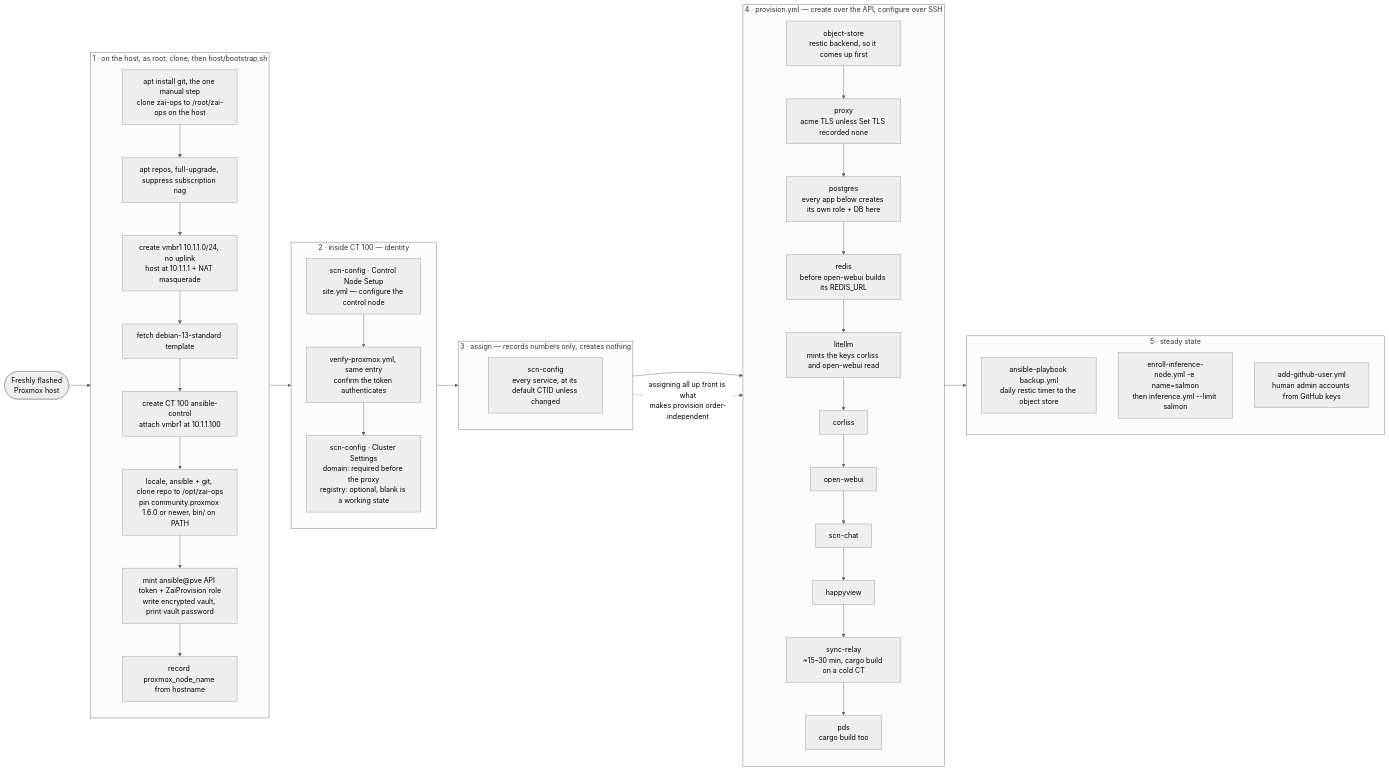
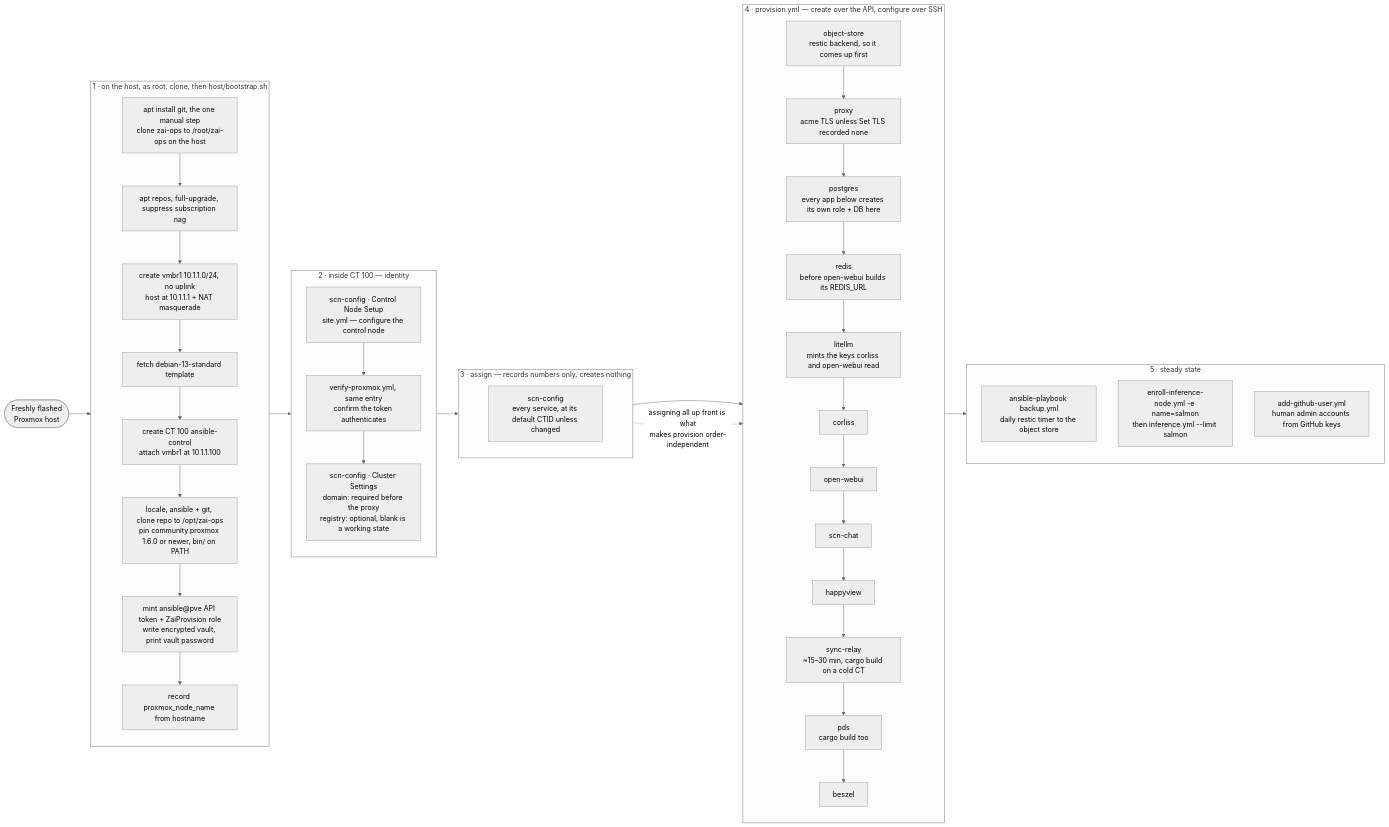
Before and after one commit to Z-Space-Society/zai-ops: the second of 4 diagrams in docs/diagrams.md, drawn with Mermaid (neutral theme). The commit also changed other lines of this file and 13 other files, not shown here.

````diff
--- a/docs/diagrams.md
+++ b/docs/diagrams.md
@@ -131,58 +133,59 @@
 ```mermaid
 flowchart LR
     start(["Freshly flashed<br/>Proxmox host"])
 
     subgraph phase1["1 · on the host, as root: clone, then host/bootstrap.sh"]
         direction TB
         b0["apt install git, the one manual step<br/>clone zai-ops to /root/zai-ops on the host"]
         b1["apt repos, full-upgrade, suppress subscription nag"]
         b0 --> b1
         b2["create vmbr1 10.1.1.0/24, no uplink<br/>host at 10.1.1.1 + NAT masquerade"]
         b3["fetch debian-13-standard template"]
         b4["create CT 100 ansible-control<br/>attach vmbr1 at 10.1.1.100"]
         b5["locale, ansible + git, clone repo to /opt/zai-ops<br/>pin community.proxmox 1.6.0 or newer, bin/ on PATH"]
         b6["mint ansible@pve API token + ZaiProvision role<br/>write encrypted vault, print vault password"]
         b7["record proxmox_node_name from hostname"]
         b1 --> b2 --> b3 --> b4 --> b5 --> b6 --> b7
     end
 
     subgraph phase2["2 · inside CT 100 — identity"]
         direction TB
         c1["scn-config · Control Node Setup<br/>site.yml — configure the control node"]
         c2["verify-proxmox.yml, same entry<br/>confirm the token authenticates"]
         c3["scn-config · Cluster Settings<br/>domain: required before the proxy<br/>registry: optional, blank is a working state"]
         c1 --> c2 --> c3
     end
 
     subgraph phase3["3 · assign — records numbers only, creates nothing"]
         direction TB
         a1["scn-config<br/>every service, at its default CTID unless changed"]
     end
 
     subgraph phase4["4 · provision.yml — create over the API, configure over SSH"]
         direction TB
         p1["object-store<br/>restic backend, so it comes up first"]
         p2["proxy<br/>acme TLS unless Set TLS recorded none"]
         p3["postgres<br/>every app below creates its own role + DB here"]
         p4["redis<br/>before open-webui builds its REDIS_URL"]
         p5["litellm<br/>mints the keys corliss and open-webui read"]
         p6["corliss"]
         p7["open-webui"]
         p8["scn-chat"]
         p9["happyview"]
         p10["sync-relay<br/>~15–30 min, cargo build on a cold CT"]
         p11["pds<br/>cargo build too"]
-        p1 --> p2 --> p3 --> p4 --> p5 --> p6 --> p7 --> p8 --> p9 --> p10 --> p11
+        p12["beszel"]
+        p1 --> p2 --> p3 --> p4 --> p5 --> p6 --> p7 --> p8 --> p9 --> p10 --> p11 --> p12
     end
 
     subgraph phase5["5 · steady state"]
         direction TB
         s1["ansible-playbook backup.yml<br/>daily restic timer to the object store"]
         s2["enroll-inference-node.yml -e name=salmon<br/>then inference.yml --limit salmon"]
         s3["add-github-user.yml<br/>human admin accounts from GitHub keys"]
     end
 
     start --> phase1 --> phase2 --> phase3 --> phase4 --> phase5
 
     a1 -.->|"assigning all up front is what<br/>makes provision order-independent"| phase4
 ```
````
